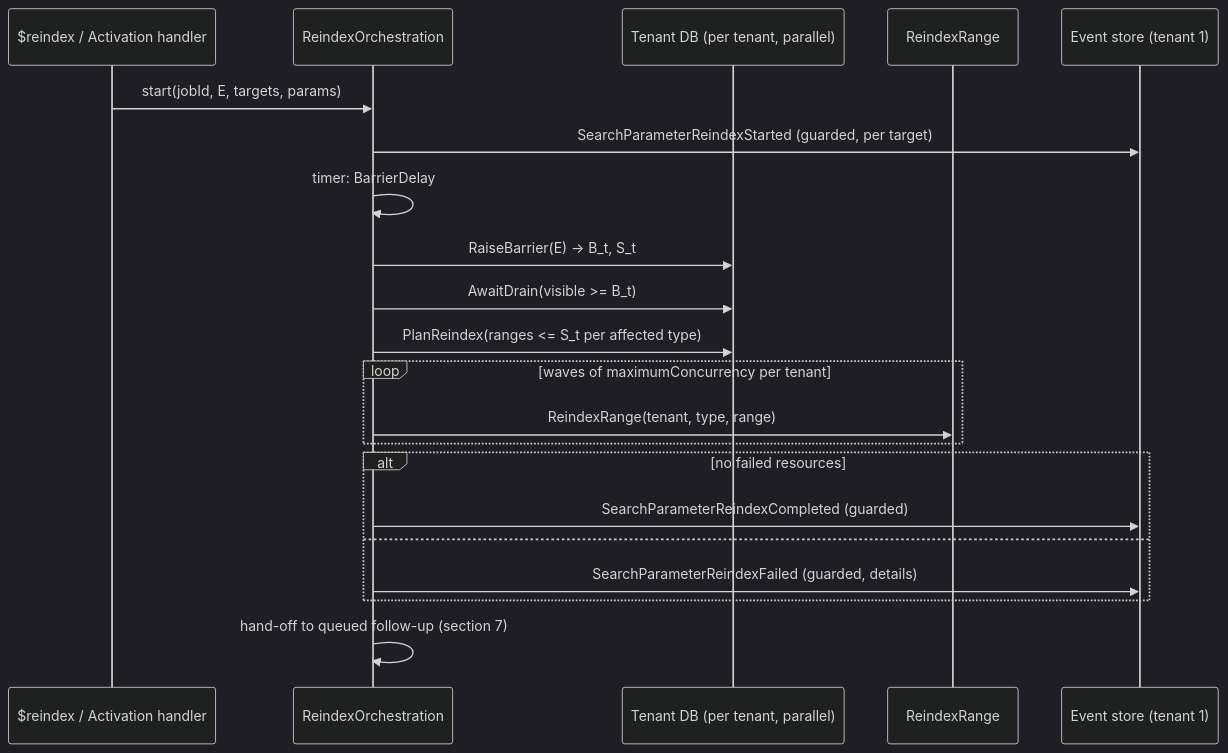
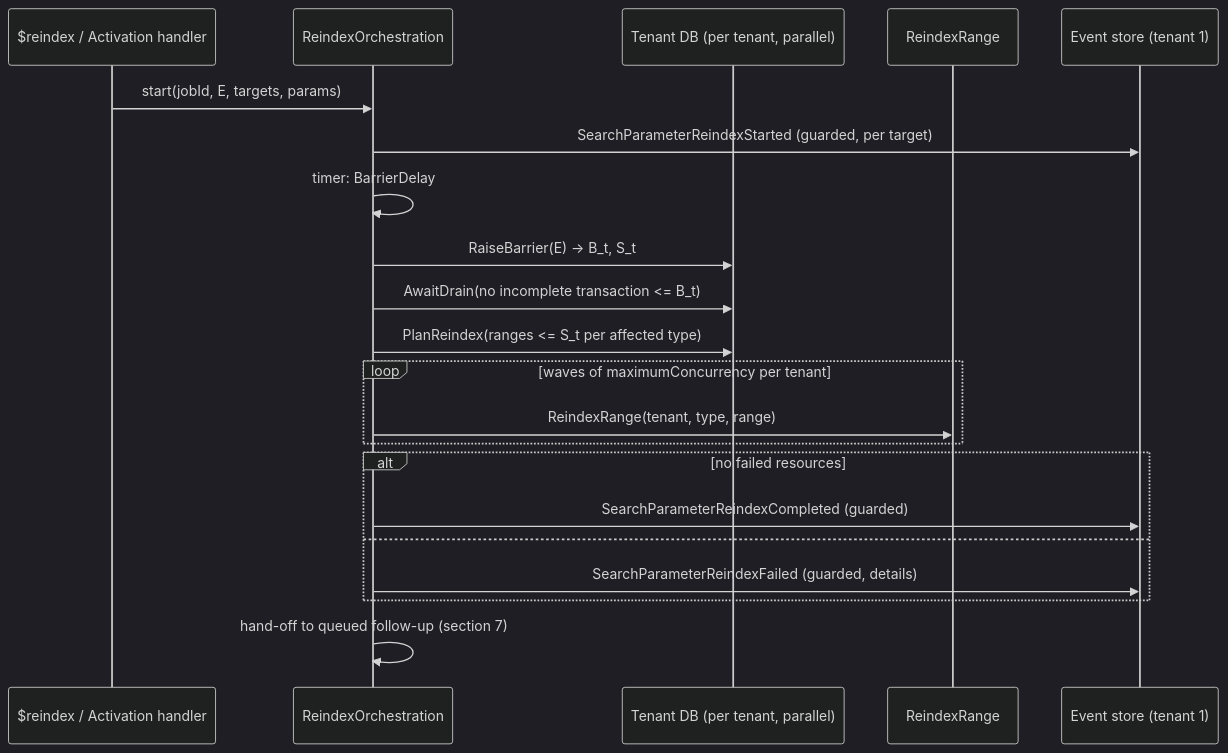
One commit to brendankowitz/ignixa-fhir changed the second of 2 diagrams in docs/features/reindex/spec.md. Above: the diagram before and after it, drawn with Mermaid (dark theme). The commit also changed other lines of this file and 2 other files, not shown here.

````diff
--- a/docs/features/reindex/spec.md
+++ b/docs/features/reindex/spec.md
@@ -427,23 +473,23 @@
 ```mermaid
 sequenceDiagram
     participant API as $reindex / Activation handler
     participant O as ReindexOrchestration
     participant T as Tenant DB (per tenant, parallel)
     participant W as ReindexRange
     participant E as Event store (tenant 1)
     API->>O: start(jobId, E, targets, params)
     O->>E: SearchParameterReindexStarted (guarded, per target)
     O->>O: timer: BarrierDelay
     O->>T: RaiseBarrier(E) -> B_t, S_t
-    O->>T: AwaitDrain(visible >= B_t)
+    O->>T: AwaitDrain(no incomplete transaction <= B_t)
     O->>T: PlanReindex(ranges <= S_t per affected type)
     loop waves of maximumConcurrency per tenant
         O->>W: ReindexRange(tenant, type, range)
     end
     alt no failed resources
         O->>E: SearchParameterReindexCompleted (guarded)
     else
         O->>E: SearchParameterReindexFailed (guarded, details)
     end
     O->>O: hand-off to queued follow-up (section 7)
 ```
````
